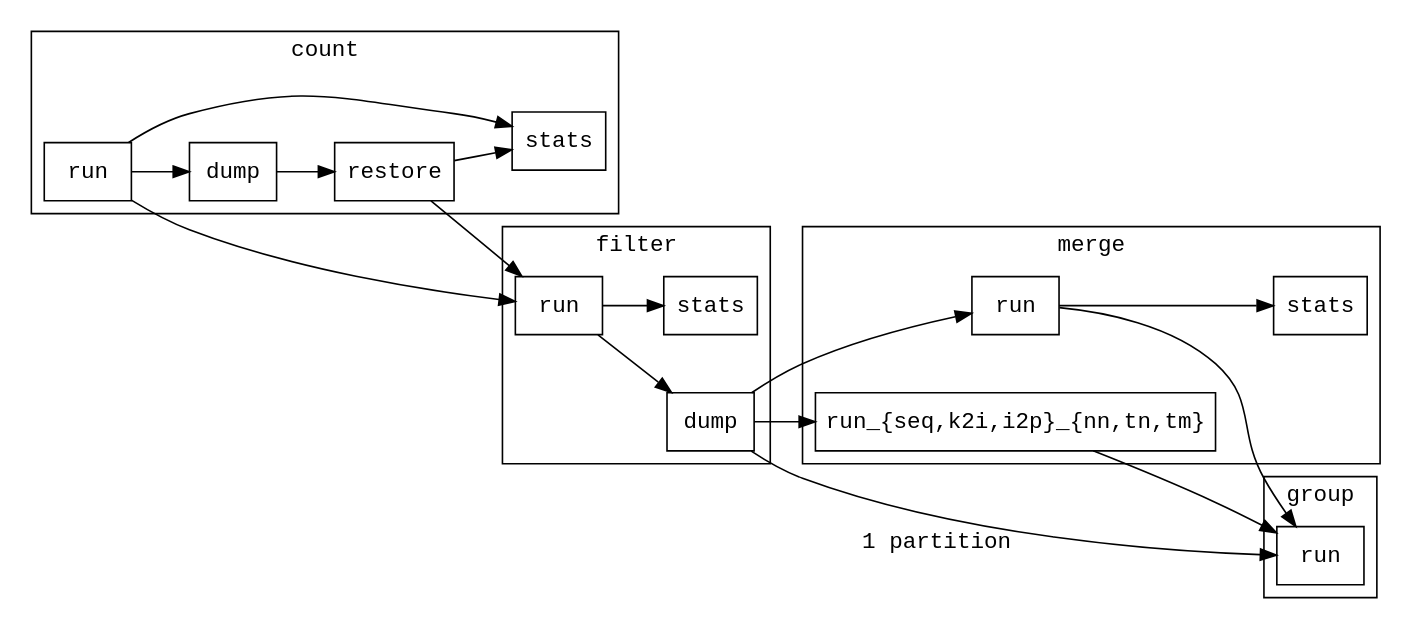
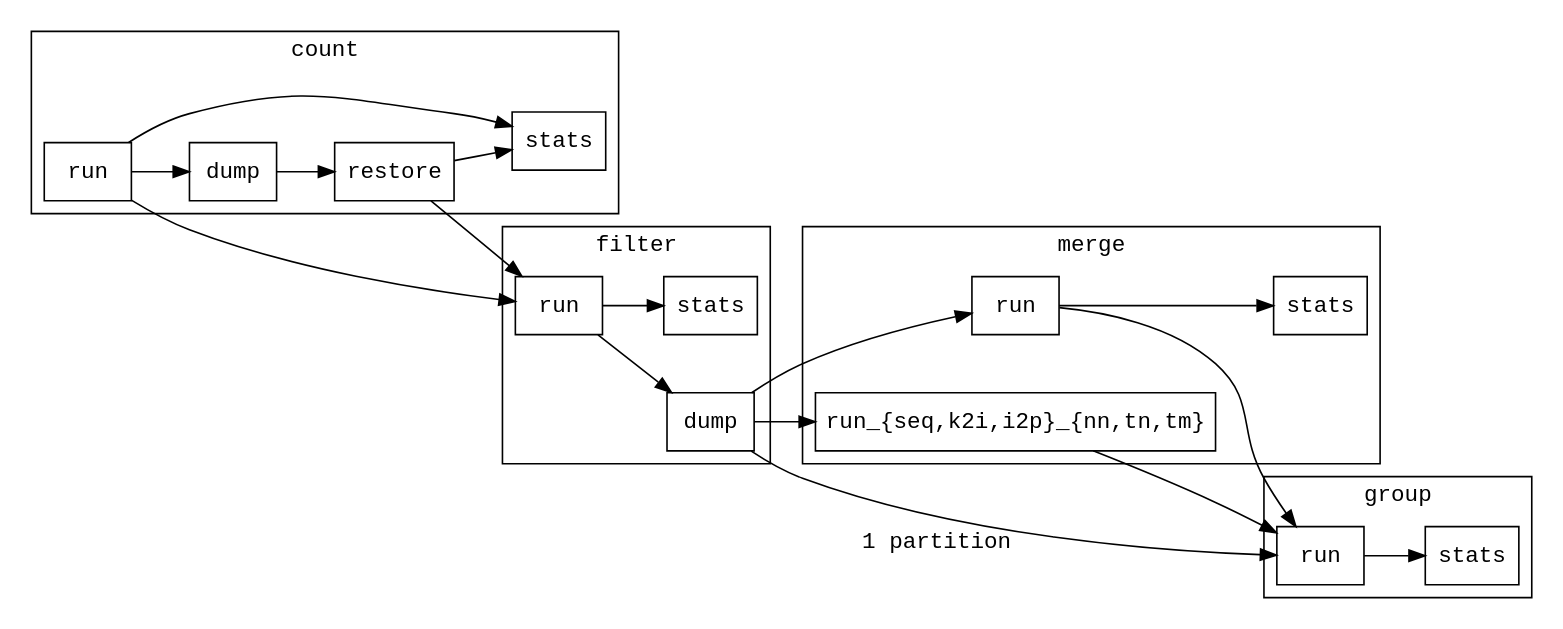
The diagram in doc/figures/deps.dot (smufin/smufin-core), drawn with Graphviz before and after one commit. The commit also changed 2 other files, not shown here.

Commit message:
Add new groups' stats to documentation

```diff
--- a/doc/figures/deps.dot
+++ b/doc/figures/deps.dot
@@ -1,57 +1,60 @@
 digraph stage_deps {
     graph [fontname = "Liberation Mono", nodesep = 0.5];
     node [fontname = "Liberation Mono", shape = box];
     edge [fontname = "Liberation Mono"];
 
     rankdir=LR;
 
     subgraph cluster_0 {
         label = "count"
         color = black;
         "count:run" [label = run];
         "count:dump" [label = dump];
         "count:stats" [label = stats];
         "count:restore" [label = restore];
     }
 
     subgraph cluster_1 {
         label = "filter"
         color = black;
         "filter:run" [label = run];
         "filter:dump" [label = dump];
         "filter:stats" [label = stats];
     }
 
     subgraph cluster_2 {
         label = "merge"
         color = black;
         "merge:run" [label = run];
         "merge:run_{seq,k2i,i2p}_{nn,tn,tm}"
             [label = "run_{seq,k2i,i2p}_{nn,tn,tm}"];
         "merge:stats" [label = stats];
     }
 
     subgraph cluster_3 {
         label = "group"
         color = black;
         "group:run" [label = run];
+        "group:stats" [label = stats];
     }
 
     "count:run" -> "count:dump"
     "count:run" -> "count:stats"
     "count:dump" -> "count:restore"
     "count:restore" -> "count:stats"
     "count:run" -> "filter:run"
     "count:restore" -> "filter:run"
 
     "filter:run" -> "filter:dump"
     "filter:run" -> "filter:stats"
     "filter:dump" -> "merge:run"
     "filter:dump" -> "merge:run_{seq,k2i,i2p}_{nn,tn,tm}"
 
     "merge:run" -> "merge:stats"
     "merge:run" -> "group:run"
     "merge:run_{seq,k2i,i2p}_{nn,tn,tm}" -> "group:run"
 
     "filter:dump" -> "group:run" [xlabel = "1 partition"];
+
+    "group:run" -> "group:stats"
 }
```
